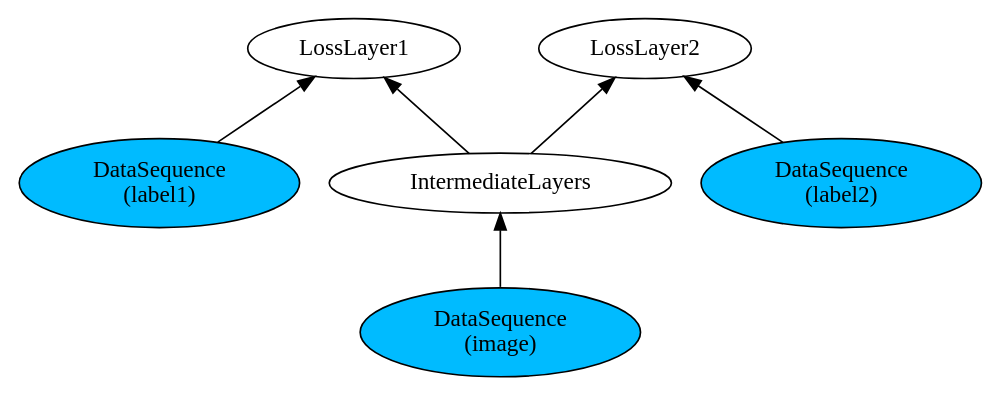
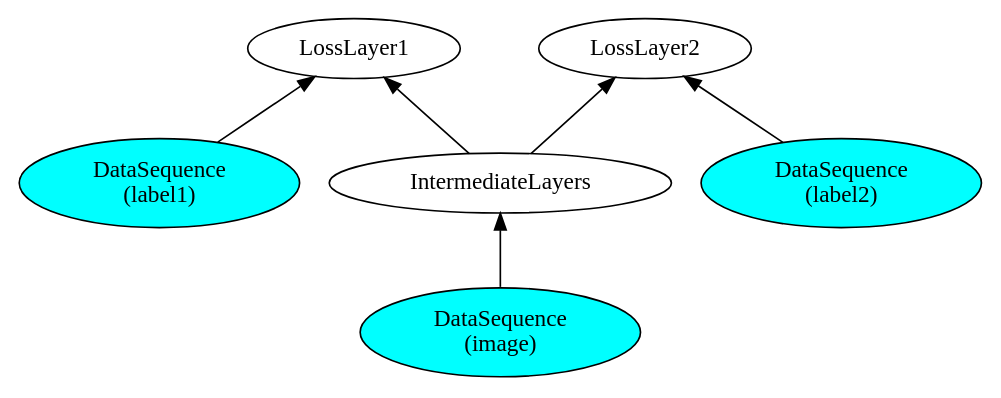
Before and after one commit to netheril96/images: the diagram in abstraction_and_unification_of_data_input/img_label_label.dot, drawn with Graphviz. The commit also changed 9 other files, not shown here.

```diff
--- a/abstraction_and_unification_of_data_input/img_label_label.dot
+++ b/abstraction_and_unification_of_data_input/img_label_label.dot
@@ -1,11 +1,11 @@
 digraph Network {
     rankdir=BT;
-    d1 [label="DataSequence\n(image)", style="filled", fillcolor="#00BBFF"];
-    d2 [label="DataSequence\n(label1)", style="filled", fillcolor="#00BBFF"];
-    d3 [label="DataSequence\n(label2)", style="filled", fillcolor="#00BBFF"];
+    d1 [label="DataSequence\n(image)", style="filled", fillcolor="#00FFFF"];
+    d2 [label="DataSequence\n(label1)", style="filled", fillcolor="#00FFFF"];
+    d3 [label="DataSequence\n(label2)", style="filled", fillcolor="#00FFFF"];
     d1 -> IntermediateLayers;
     IntermediateLayers -> LossLayer1;
     IntermediateLayers -> LossLayer2;
     d2 -> LossLayer1;
     d3 -> LossLayer2;
 }
```
